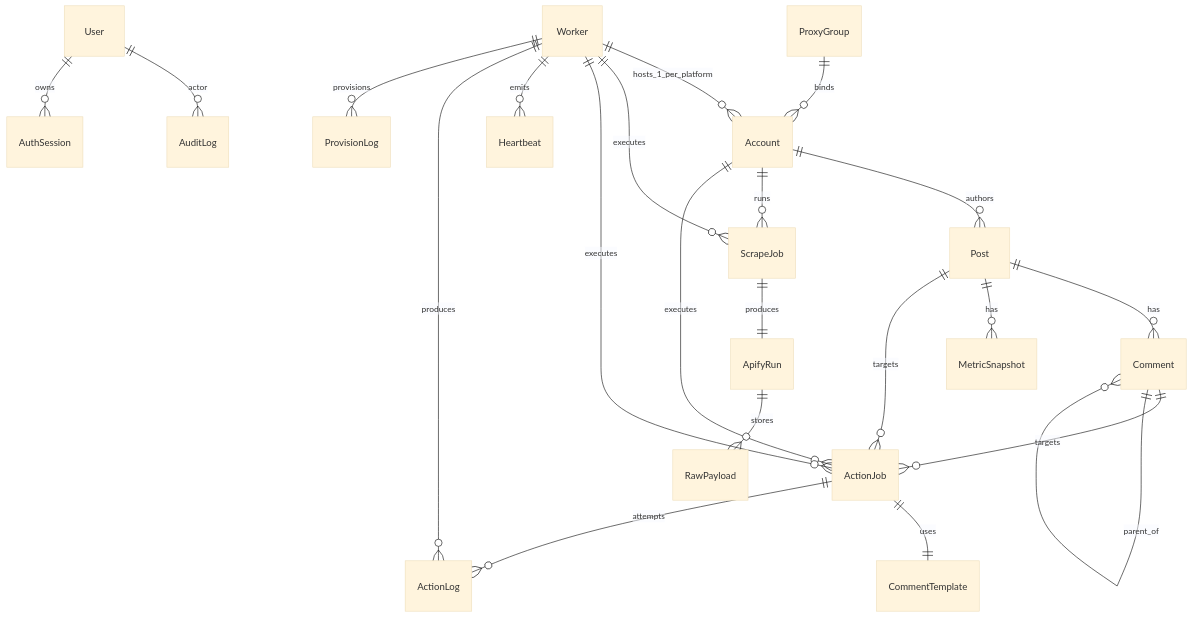
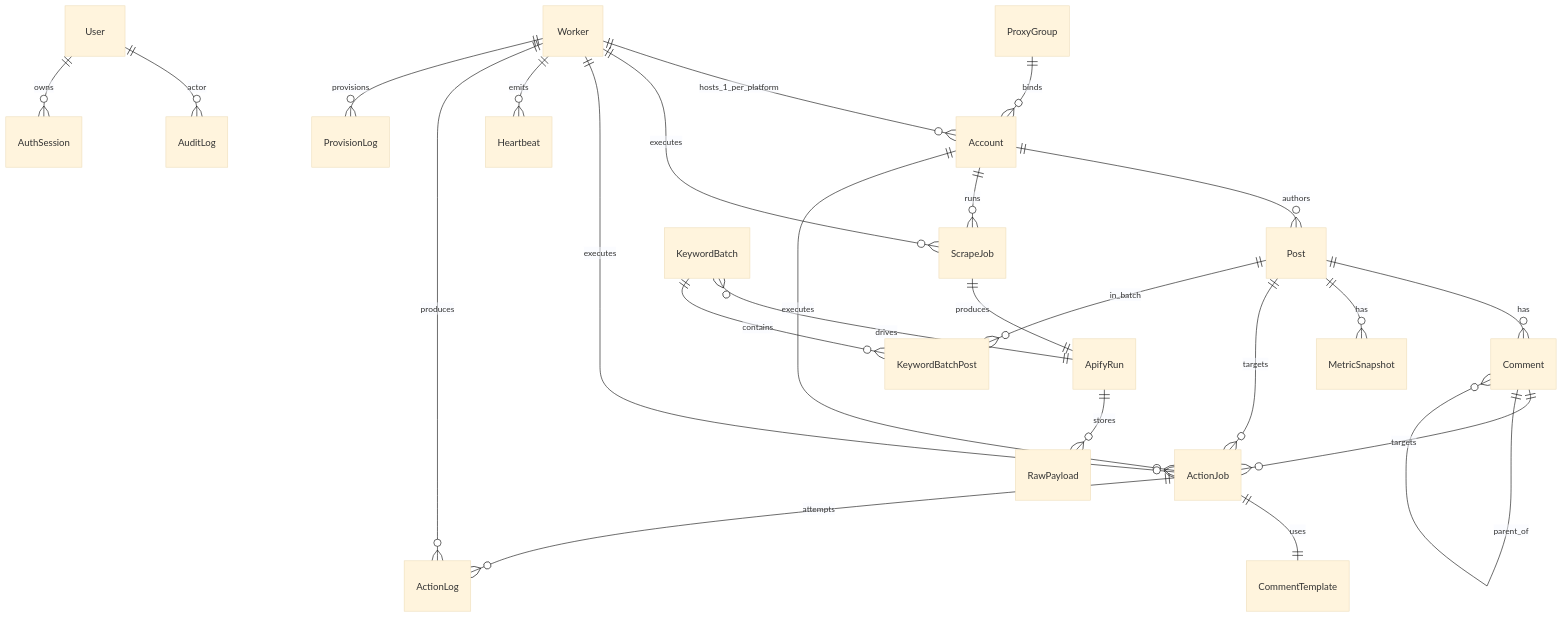
The diagram in docs/ERD.md (ahdirmai/jg-smm), drawn with Mermaid (base theme) before and after one commit. The commit also changed other lines of this file and 4 other files, not shown here.

````diff
--- a/docs/ERD.md
+++ b/docs/ERD.md
@@ -3,33 +3,38 @@
 ```mermaid
 erDiagram
     %% TeamConfig singleton — tabel anak tidak punya FK ke TeamConfig di single-tenant.
     %% Relasi di bawah hanya menandai owner entity; jadi FK saat migrasi multi-tenant (workspaceId).
 
     ProxyGroup ||--o{ Account : binds
 
     Worker ||--o{ Account : hosts_1_per_platform
     Account ||--o{ Post : authors
     Account ||--o{ ScrapeJob : runs
     Account ||--o{ ActionJob : executes
 
     Worker ||--o{ ScrapeJob : executes
     Worker ||--o{ ActionJob : executes
     Worker ||--o{ Heartbeat : emits
     Worker ||--o{ ActionLog : produces
     Worker ||--o{ ProvisionLog : provisions
 
     Post ||--o{ Comment : has
     Post ||--o{ MetricSnapshot : has
     Post ||--o{ ActionJob : targets
     Comment ||--o{ ActionJob : targets
     Comment ||--o{ Comment : parent_of
 
     ScrapeJob ||--|| ApifyRun : produces
     ApifyRun ||--o{ RawPayload : stores
+    %% Keyword batch: one operator search -> one Apify run -> many posts (M:N via
+    %% keyword_batch_post; a post can be reached by several batches over time).
+    KeywordBatch }o--|| ApifyRun : drives
+    KeywordBatch ||--o{ KeywordBatchPost : contains
+    Post ||--o{ KeywordBatchPost : "in_batch"
 
     ActionJob ||--|| CommentTemplate : uses
     ActionJob ||--o{ ActionLog : attempts
 
     User ||--o{ AuditLog : actor
     User ||--o{ AuthSession : owns
 ```
````
